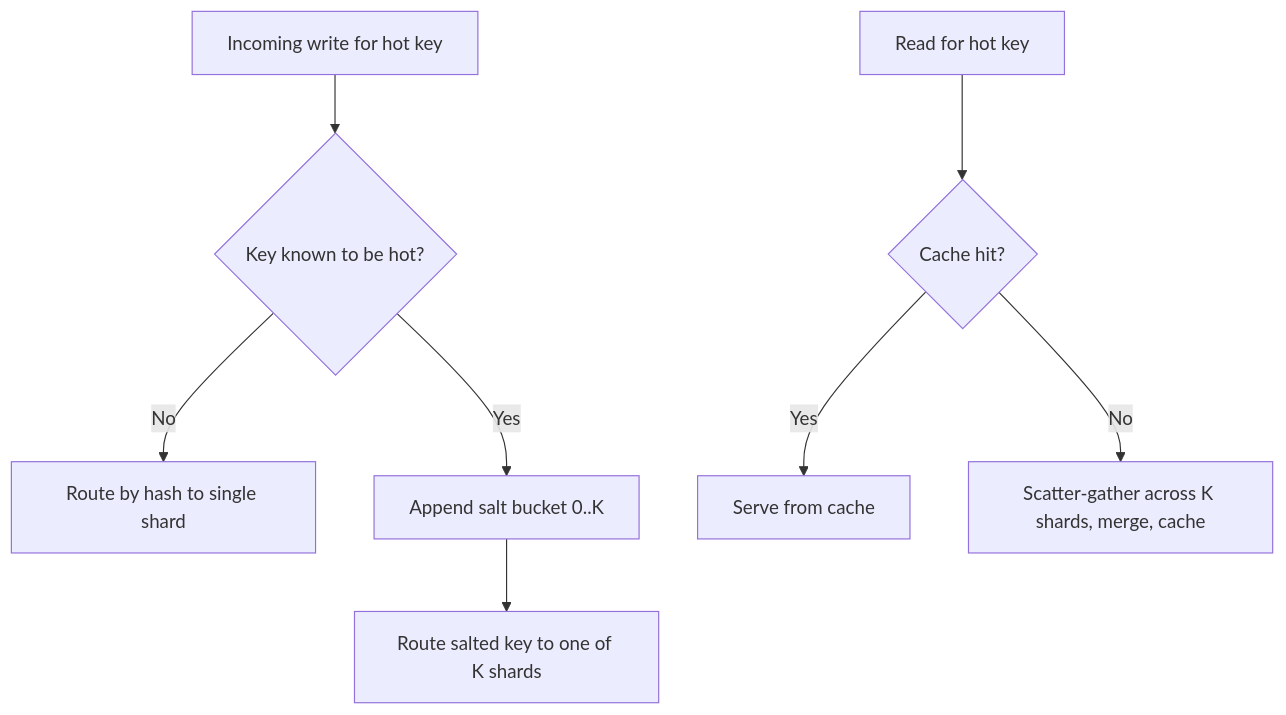
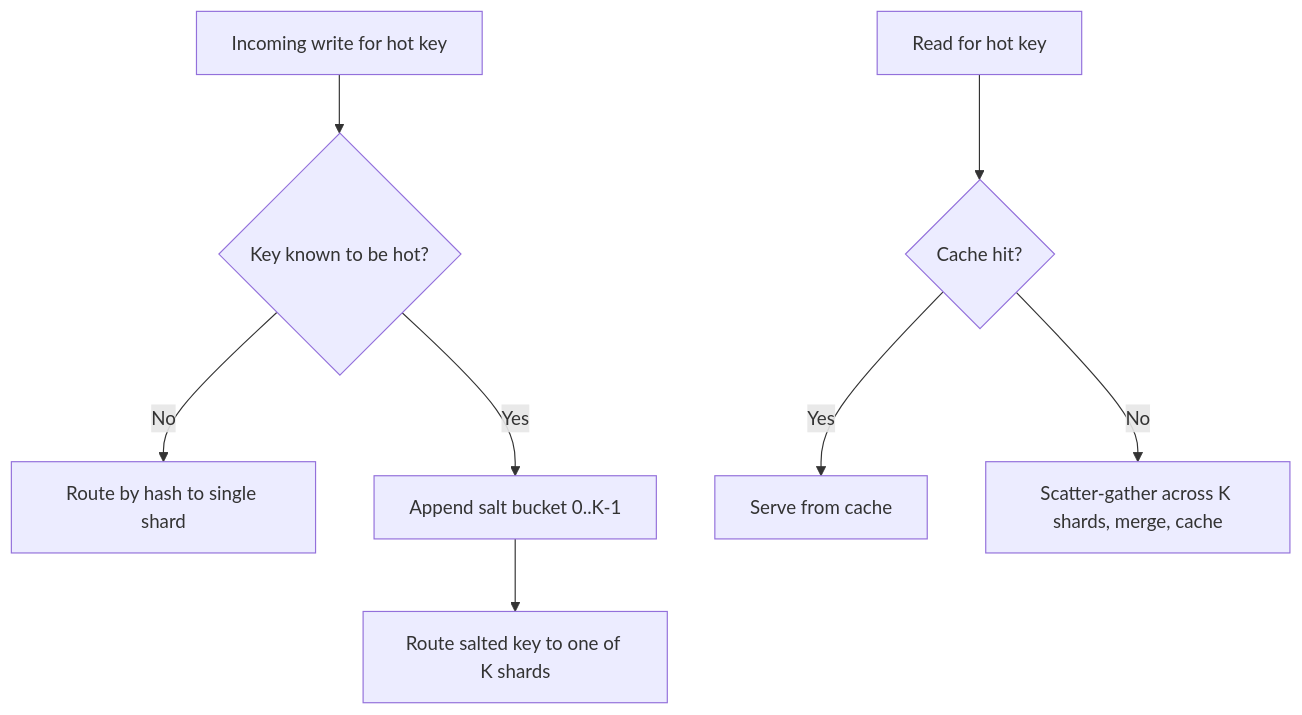
The second of 2 diagrams in content/post/sharding-strategies-and-hot-partition-avoidance.md (vabs/vabs.github.io), drawn with Mermaid before and after one commit. The commit also changed other lines of this file and 87 other files, not shown here.

First line of the commit message:
Fix: Readable mermaid diagrams and fact-check blog posts

```diff
--- a/content/post/sharding-strategies-and-hot-partition-avoidance.md
+++ b/content/post/sharding-strategies-and-hot-partition-avoidance.md
@@ -125,10 +134,10 @@
 {{< mermaid >}}
 graph TD
     A["Incoming write for hot key"] --> B{"Key known to be hot?"}
     B -->|No| C["Route by hash to single shard"]
-    B -->|Yes| D["Append salt bucket 0..K"]
+    B -->|Yes| D["Append salt bucket 0..K-1"]
     D --> E["Route salted key to one of K shards"]
     F["Read for hot key"] --> G{"Cache hit?"}
     G -->|Yes| H["Serve from cache"]
     G -->|No| I["Scatter-gather across K shards, merge, cache"]
 {{< /mermaid >}}
```
